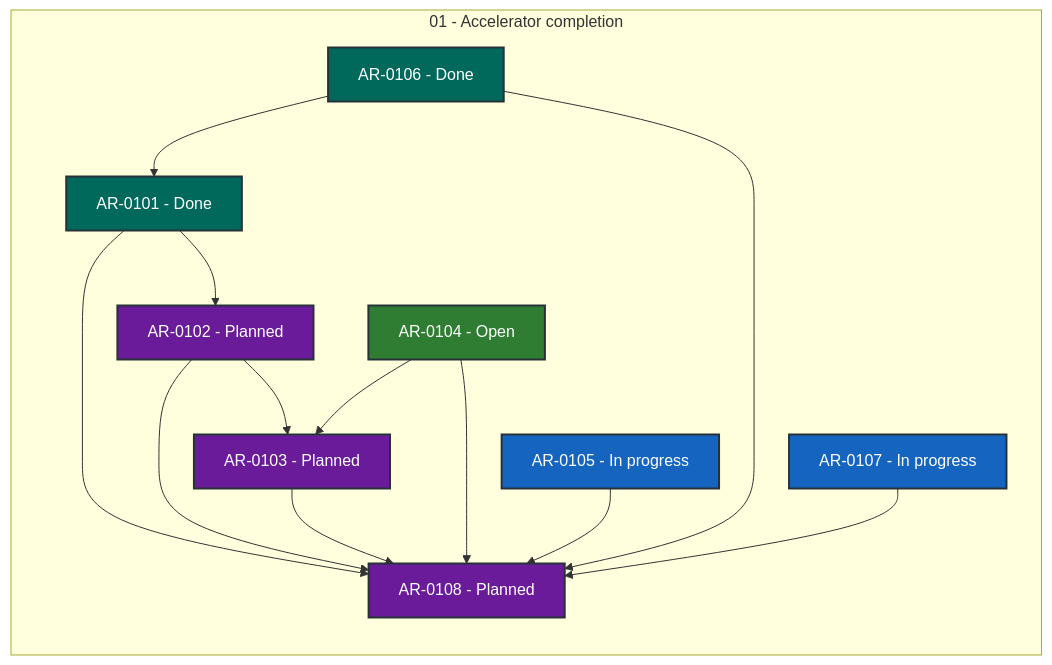
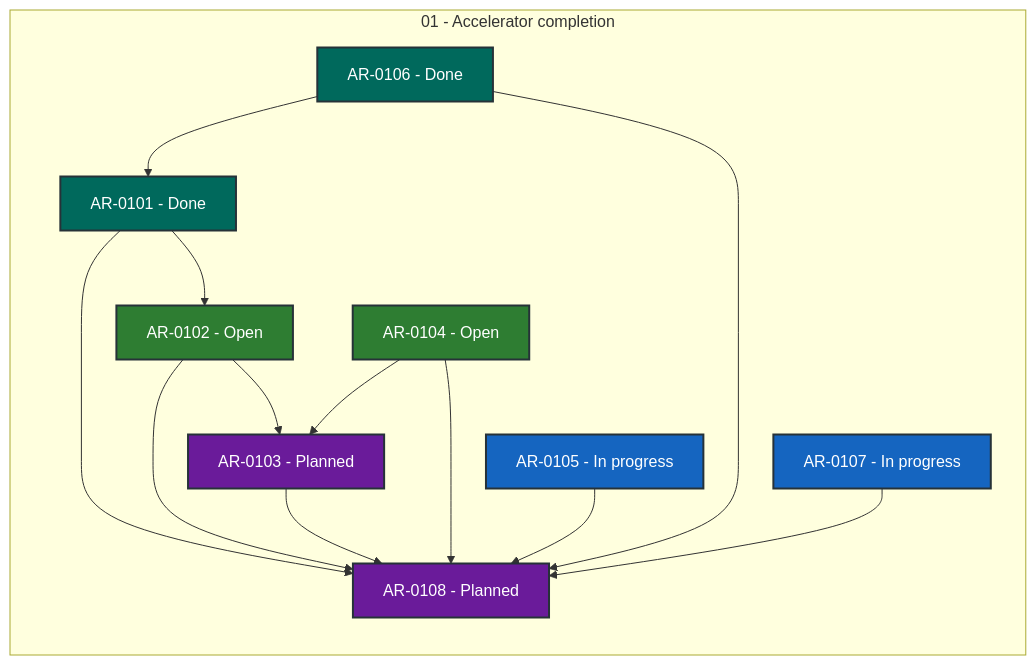
One commit to locutus3009/exgame changed the diagram in coordination/STATUS.md. Above: the diagram before and after it, drawn with Mermaid. The commit also changed other lines of this file and 2 other files, not shown here.

````diff
--- a/coordination/STATUS.md
+++ b/coordination/STATUS.md
@@ -28,34 +28,34 @@
 ```mermaid
 flowchart LR
     subgraph series_01["01 - Accelerator completion"]
         direction TB
         AR_0101["AR-0101 - Done"]:::status_done
-        AR_0102["AR-0102 - Planned"]:::status_planned
+        AR_0102["AR-0102 - Open"]:::status_open
         AR_0103["AR-0103 - Planned"]:::status_planned
         AR_0104["AR-0104 - Open"]:::status_open
         AR_0105["AR-0105 - In progress"]:::status_in_progress
         AR_0106["AR-0106 - Done"]:::status_done
         AR_0107["AR-0107 - In progress"]:::status_in_progress
         AR_0108["AR-0108 - Planned"]:::status_planned
     end
     AR_0101 --> AR_0102
     AR_0101 --> AR_0108
     AR_0102 --> AR_0103
     AR_0102 --> AR_0108
     AR_0103 --> AR_0108
     AR_0104 --> AR_0103
     AR_0104 --> AR_0108
     AR_0105 --> AR_0108
     AR_0106 --> AR_0101
     AR_0106 --> AR_0108
     AR_0107 --> AR_0108
     classDef status_in_progress fill:#1565c0,color:#ffffff,stroke:#263238,stroke-width:2px
     classDef status_in_review fill:#ad1457,color:#ffffff,stroke:#263238,stroke-width:2px
     classDef status_open fill:#2e7d32,color:#ffffff,stroke:#263238,stroke-width:2px
     classDef status_blocked fill:#c62828,color:#ffffff,stroke:#263238,stroke-width:2px
     classDef status_planned fill:#6a1b9a,color:#ffffff,stroke:#263238,stroke-width:2px
     classDef status_future fill:#455a64,color:#ffffff,stroke:#263238,stroke-width:2px
     classDef status_done fill:#00695c,color:#ffffff,stroke:#263238,stroke-width:2px
     classDef status_cancelled fill:#616161,color:#ffffff,stroke:#263238,stroke-width:2px
     classDef status_superseded fill:#5d4037,color:#ffffff,stroke:#263238,stroke-width:2px
 ```
````
